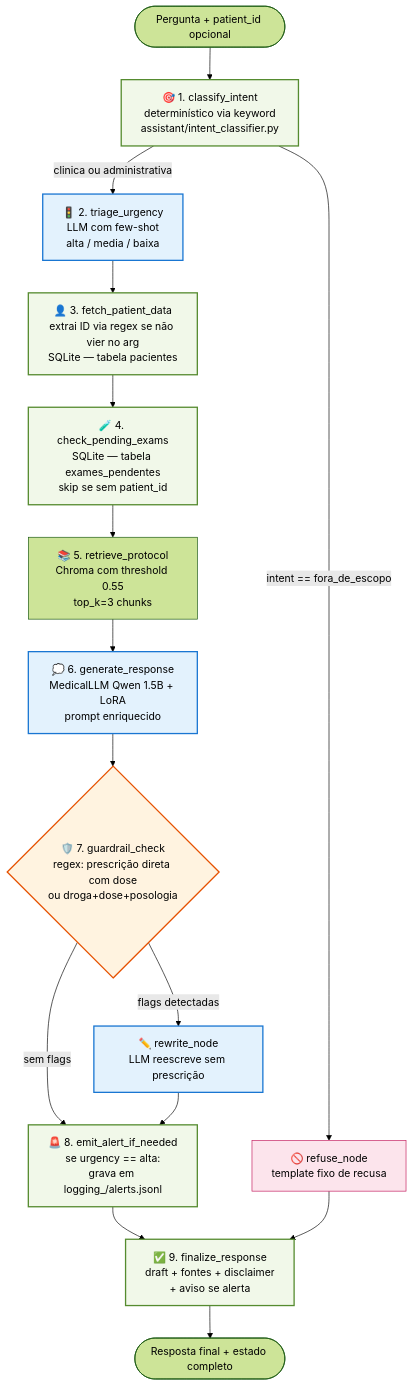
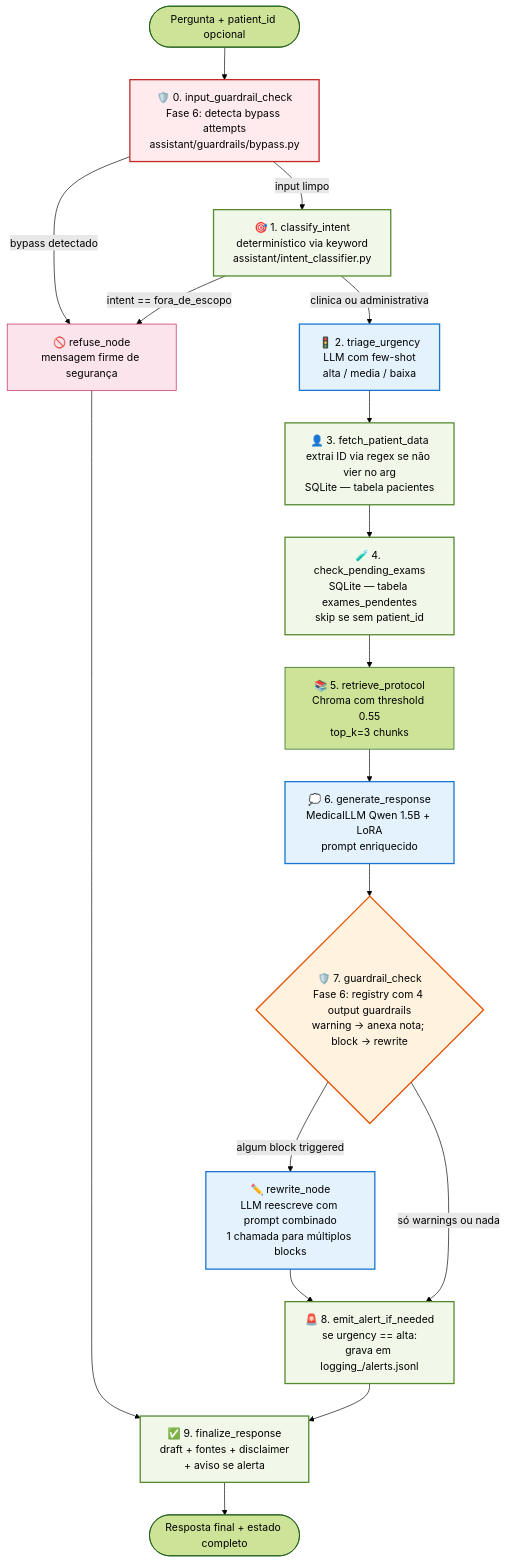
The first of 2 diagrams in medical-assistant/docs/langgraph_flow.md (amaranini/tech-challenge-fase-3), drawn with Mermaid (forest theme) before and after one commit. The commit also changed other lines of this file and 2 other files, not shown here.

First line of the commit message:
docs(fase-6): atualizar arquitetura, diagrama e README

````diff
--- a/medical-assistant/docs/langgraph_flow.md
+++ b/medical-assistant/docs/langgraph_flow.md
@@ -12,52 +17,58 @@
 ```mermaid
 flowchart TB
     START([Pergunta + patient_id opcional])
 
-    START --> N1[🎯 1. classify_intent<br/>determinístico via keyword<br/>assistant/intent_classifier.py]
+    START --> N0[🛡️ 0. input_guardrail_check<br/>Fase 6: detecta bypass attempts<br/>assistant/guardrails/bypass.py]
 
-    N1 -- intent == fora_de_escopo --> REFUSE[🚫 refuse_node<br/>template fixo de recusa]
+    N0 -- bypass detectado --> REFUSE[🚫 refuse_node<br/>mensagem firme de segurança]
+    N0 -- input limpo --> N1
+
+    N1[🎯 1. classify_intent<br/>determinístico via keyword<br/>assistant/intent_classifier.py]
+
+    N1 -- intent == fora_de_escopo --> REFUSE
     N1 -- clinica ou administrativa --> N2
 
     N2[🚦 2. triage_urgency<br/>LLM com few-shot<br/>alta / media / baixa]
     N2 --> N3
 
     N3[👤 3. fetch_patient_data<br/>extrai ID via regex se não vier no arg<br/>SQLite — tabela pacientes]
     N3 --> N4
 
     N4[🧪 4. check_pending_exams<br/>SQLite — tabela exames_pendentes<br/>skip se sem patient_id]
     N4 --> N5
 
     N5[📚 5. retrieve_protocol<br/>Chroma com threshold 0.55<br/>top_k=3 chunks]
     N5 --> N6
 
     N6[💭 6. generate_response<br/>MedicalLLM Qwen 1.5B + LoRA<br/>prompt enriquecido]
     N6 --> N7
 
-    N7{🛡️ 7. guardrail_check<br/>regex: prescrição direta com dose<br/>ou droga+dose+posologia}
+    N7{🛡️ 7. guardrail_check<br/>Fase 6: registry com 4 output guardrails<br/>warning → anexa nota; block → rewrite}
 
-    N7 -- flags detectadas --> REWRITE[✏️ rewrite_node<br/>LLM reescreve sem prescrição]
-    N7 -- sem flags --> N8
+    N7 -- algum block triggered --> REWRITE[✏️ rewrite_node<br/>LLM reescreve com prompt combinado<br/>1 chamada para múltiplos blocks]
+    N7 -- só warnings ou nada --> N8
 
     REWRITE --> N8
 
     N8[🚨 8. emit_alert_if_needed<br/>se urgency == alta:<br/>grava em logging_/alerts.jsonl]
     N8 --> N9
 
     N9[✅ 9. finalize_response<br/>draft + fontes + disclaimer<br/>+ aviso se alerta]
 
     REFUSE --> N9
 
     N9 --> END([Resposta final + estado completo])
 
     %% Estilos
     classDef llmNode fill:#e3f2fd,stroke:#1976d2,stroke-width:2px
     classDef deterministic fill:#f1f8e9,stroke:#558b2f,stroke-width:2px
     classDef gateway fill:#fff3e0,stroke:#e65100,stroke-width:2px
     classDef refuse fill:#fce4ec,stroke:#c2185b
-    classDef alert fill:#fff8e1,stroke:#f57f17
+    classDef shield fill:#ffebee,stroke:#c62828,stroke-width:2px
 
     class N1,N3,N4,N8,N9 deterministic
     class N2,N6,REWRITE llmNode
     class N7 gateway
+    class N0 shield
     class REFUSE refuse
 ```
````
